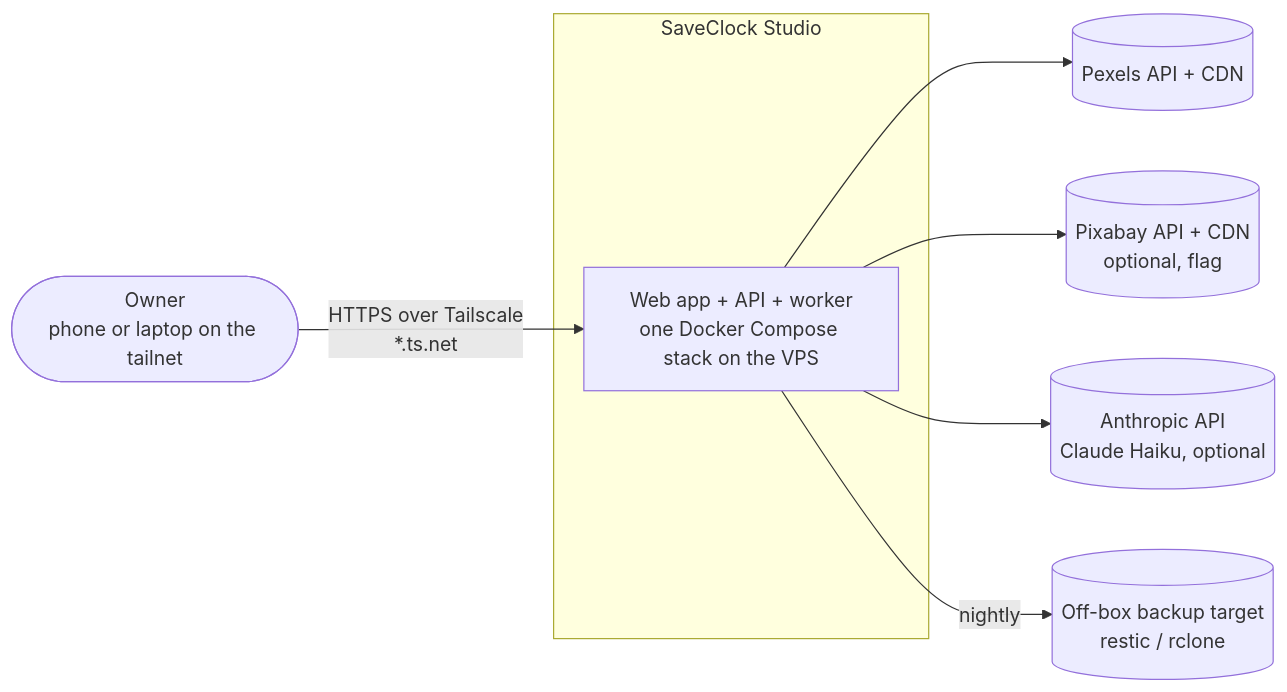
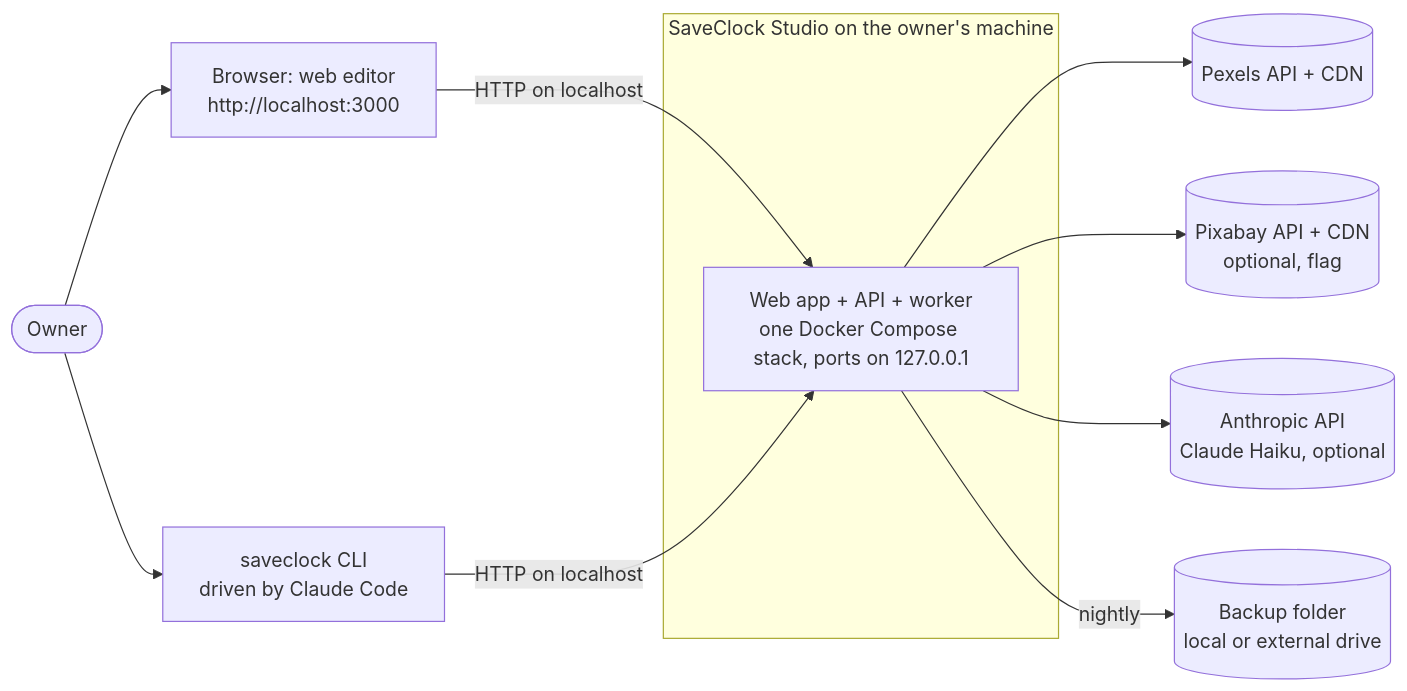
Before and after one commit to Richard-Abraham/saveclock-studio: the first of 6 diagrams in docs/ARCHITECTURE.md, drawn with Mermaid. The commit also changed other lines of this file and 13 other files, not shown here.

````diff
--- a/docs/ARCHITECTURE.md
+++ b/docs/ARCHITECTURE.md
@@ -55,14 +57,18 @@
 ```mermaid
 flowchart LR
-  owner([Owner<br/>phone or laptop on the tailnet])
-  subgraph SC[SaveClock Studio]
-    sys[Web app + API + worker<br/>one Docker Compose stack on the VPS]
+  owner([Owner])
+  br[Browser: web editor<br/>http://localhost:3000]
+  cli[saveclock CLI<br/>driven by Claude Code]
+  subgraph SC[SaveClock Studio on the owner's machine]
+    sys[Web app + API + worker<br/>one Docker Compose stack, ports on 127.0.0.1]
   end
   pexels[(Pexels API + CDN)]
   pixabay[(Pixabay API + CDN<br/>optional, flag)]
   llm[(Anthropic API<br/>Claude Haiku, optional)]
-  backup[(Off-box backup target<br/>restic / rclone)]
-  owner -->|HTTPS over Tailscale<br/>*.ts.net| sys
+  backup[(Backup folder<br/>local or external drive)]
+  owner --> br & cli
+  br -->|HTTP on localhost| sys
+  cli -->|HTTP on localhost| sys
   sys --> pexels & pixabay & llm
   sys -->|nightly| backup
 ```
````
